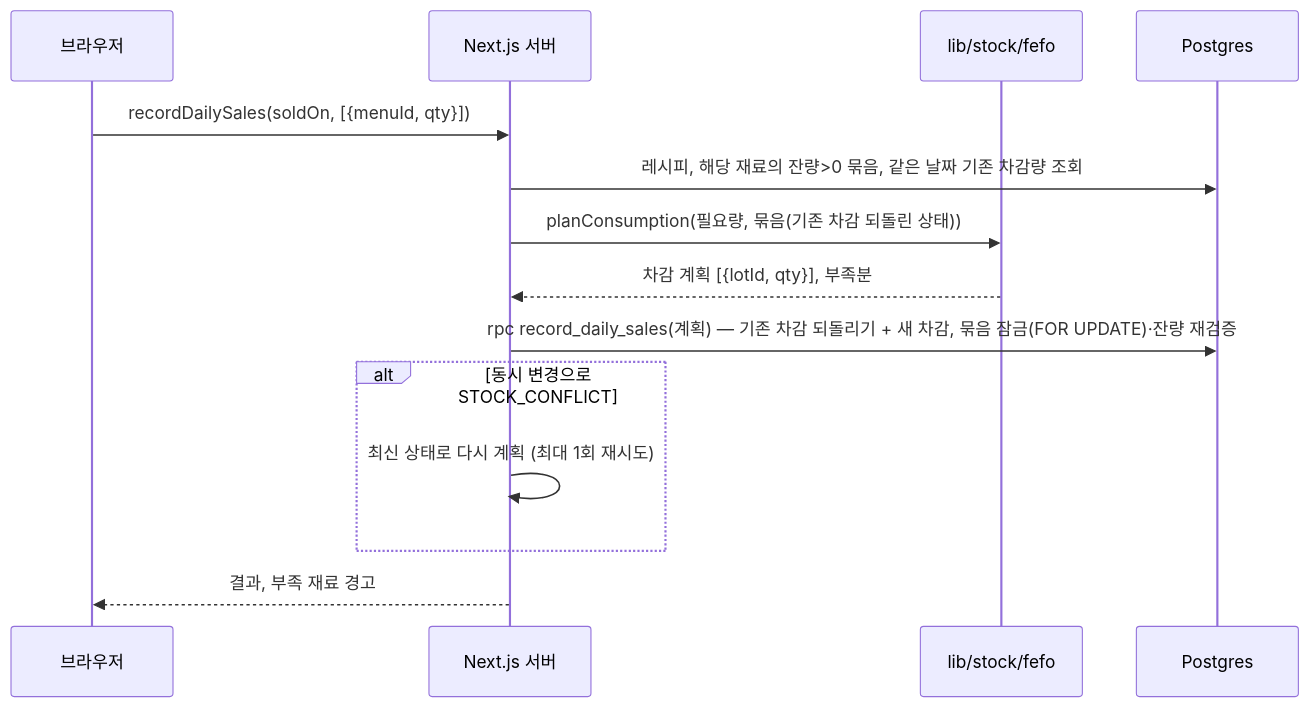
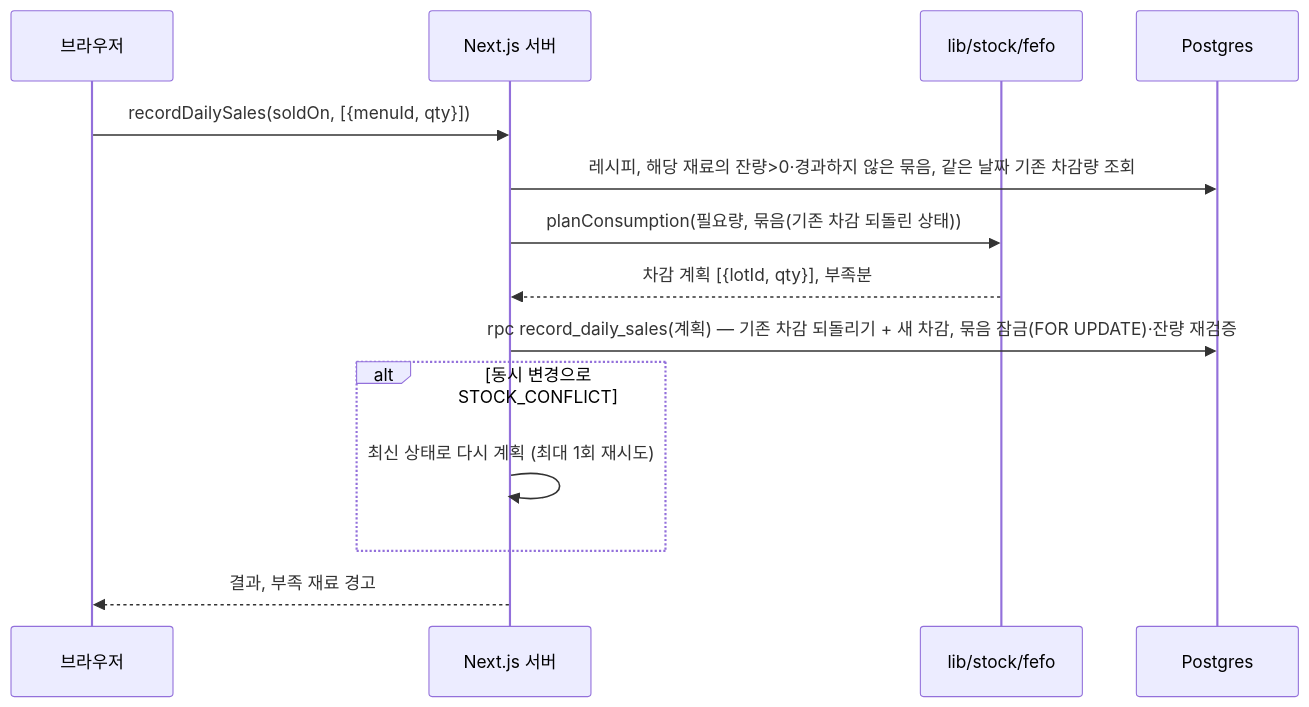
Before and after one commit to semicolon213/infood: the third of 3 diagrams in docs/06_ARCHITECTURE.md, drawn with Mermaid. The commit also changed 6 other files, not shown here.

````diff
--- a/docs/06_ARCHITECTURE.md
+++ b/docs/06_ARCHITECTURE.md
@@ -171,17 +171,17 @@
 ```mermaid
 sequenceDiagram
     participant C as 브라우저
     participant S as Next.js 서버
     participant D as lib/stock/fefo
     participant DB as Postgres
 
     C->>S: recordDailySales(soldOn, [{menuId, qty}])
-    S->>DB: 레시피, 해당 재료의 잔량>0 묶음, 같은 날짜 기존 차감량 조회
+    S->>DB: 레시피, 해당 재료의 잔량>0·경과하지 않은 묶음, 같은 날짜 기존 차감량 조회
     S->>D: planConsumption(필요량, 묶음(기존 차감 되돌린 상태))
     D-->>S: 차감 계획 [{lotId, qty}], 부족분
     S->>DB: rpc record_daily_sales(계획) — 기존 차감 되돌리기 + 새 차감, 묶음 잠금(FOR UPDATE)·잔량 재검증
     alt 동시 변경으로 STOCK_CONFLICT
         S->>S: 최신 상태로 다시 계획 (최대 1회 재시도)
     end
     S-->>C: 결과, 부족 재료 경고
 ```
````
